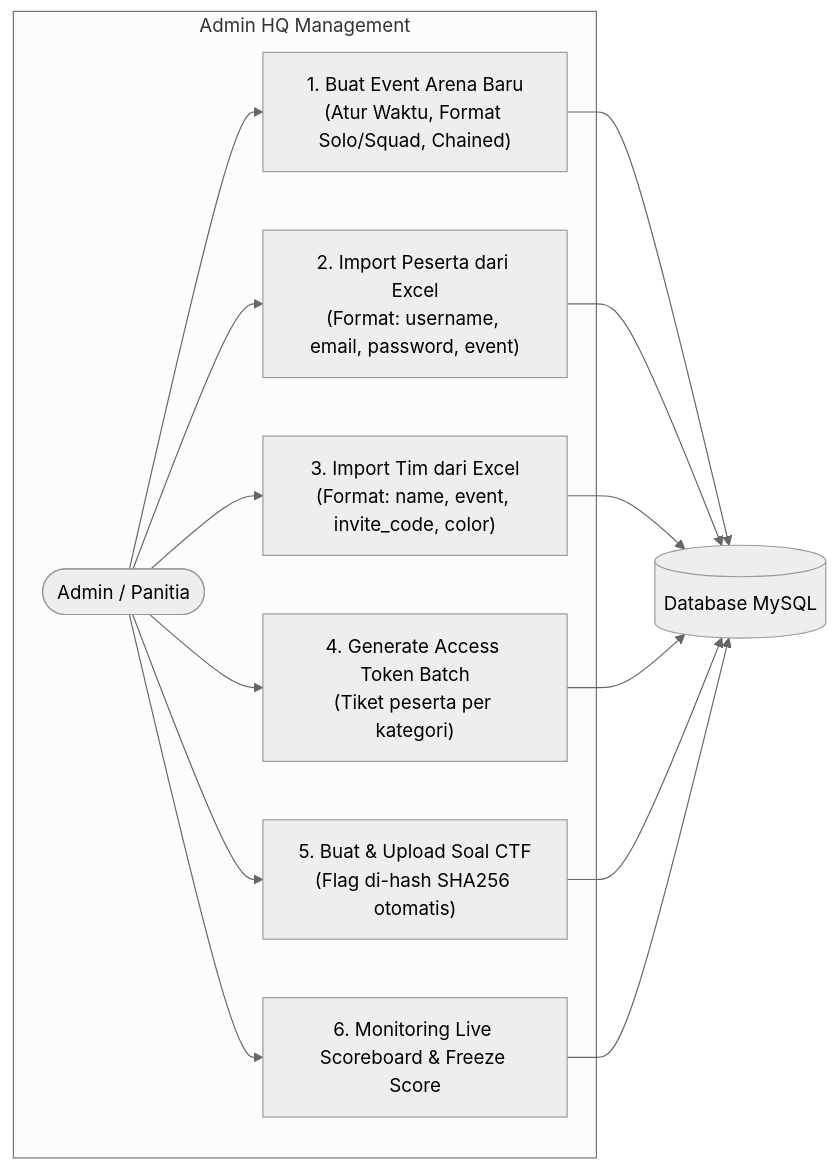
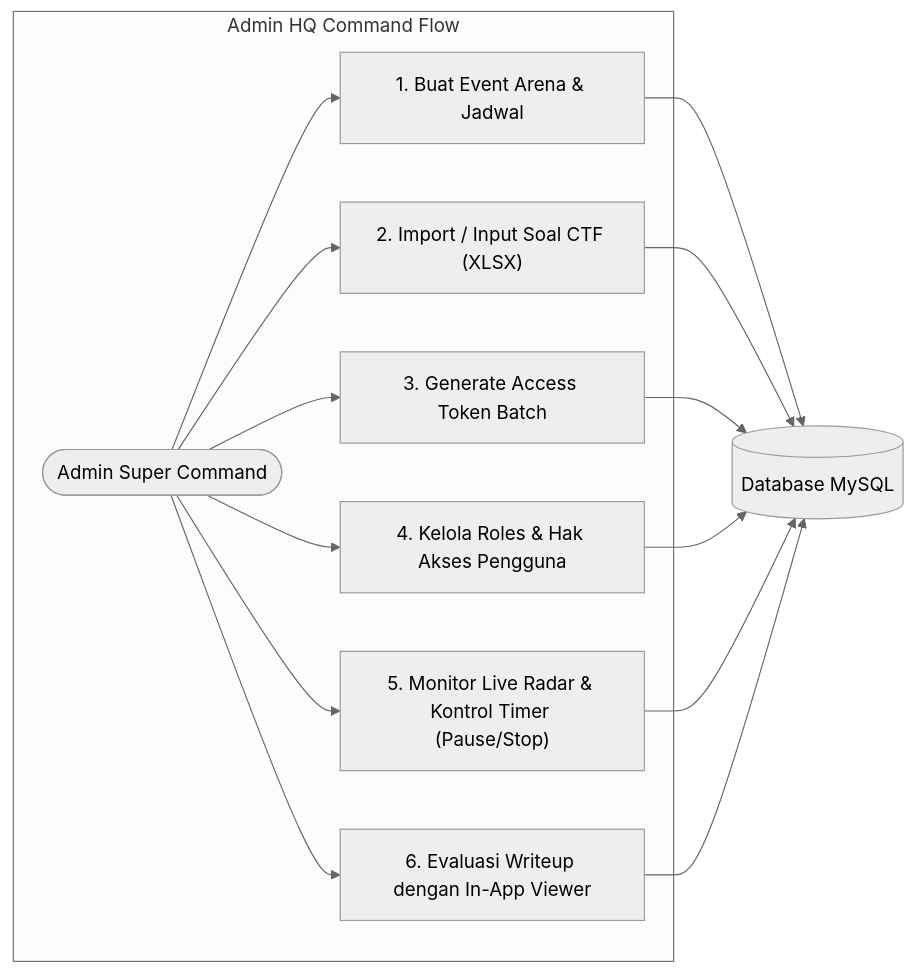
The fifth of 7 diagrams in README.md (irizkyw/riseranger2-incident-response), drawn with Mermaid (neutral theme) before and after one commit. The commit also changed other lines of this file, not shown here.

````diff
--- a/README.md
+++ b/README.md
@@ -219,18 +226,18 @@
 ```mermaid
 flowchart LR
-    subgraph ADMIN_FLOW["Admin HQ Management"]
-        ADM(["Admin / Panitia"]) --> A1["1. Buat Event Arena Baru<br/>(Atur Waktu, Format Solo/Squad, Chained)"]
-        ADM --> A2["2. Import Peserta dari Excel<br/>(Format: username, email, password, event)"]
-        ADM --> A3["3. Import Tim dari Excel<br/>(Format: name, event, invite_code, color)"]
-        ADM --> A4["4. Generate Access Token Batch<br/>(Tiket peserta per kategori)"]
-        ADM --> A5["5. Buat & Upload Soal CTF<br/>(Flag di-hash SHA256 otomatis)"]
-        ADM --> A6["6. Monitoring Live Scoreboard & Freeze Score"]
+    subgraph ADMIN_FLOW["Admin HQ Command Flow"]
+        ADM(["Admin Super Command"]) --> A1["1. Buat Event Arena & Jadwal"]
+        ADM --> A2["2. Import / Input Soal CTF (XLSX)"]
+        ADM --> A3["3. Generate Access Token Batch"]
+        ADM --> A4["4. Kelola Roles & Hak Akses Pengguna"]
+        ADM --> A5["5. Monitor Live Radar & Kontrol Timer (Pause/Stop)"]
+        ADM --> A6["6. Evaluasi Writeup dengan In-App Viewer"]
     end
 
     A1 --> DB[("Database MySQL")]
     A2 --> DB
     A3 --> DB
     A4 --> DB
     A5 --> DB
     A6 --> DB
 ```
````
